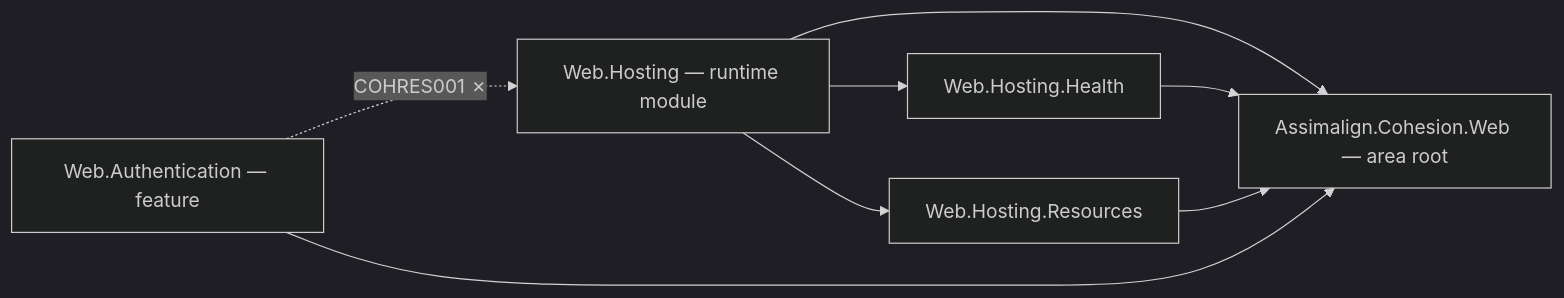
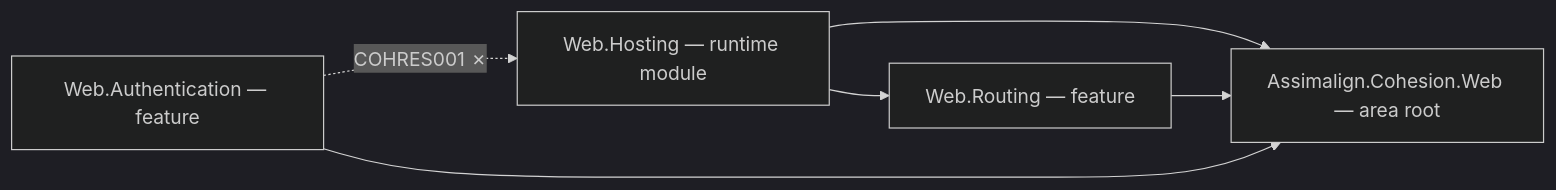
Before and after one commit to assimalign/cohesion: the diagram in .claude/rules/documentation.md, drawn with Mermaid (dark theme). The commit also changed other lines of this file and 5 other files, not shown here.

First line of the commit message:
docs(web): align hosting integration rules and solution docs [L03.01.01.48.01]

````diff
--- a/.claude/rules/documentation.md
+++ b/.claude/rules/documentation.md
@@ -132,10 +132,8 @@
 ```mermaid
 flowchart LR
     Hosting["Web.Hosting — runtime module"] --> Root["Assimalign.Cohesion.Web — area root"]
-    Hosting --> Health["Web.Hosting.Health"]
-    Hosting --> Resources["Web.Hosting.Resources"]
-    Health --> Root
-    Resources --> Root
+    Hosting --> Routing["Web.Routing — feature"]
+    Routing --> Root
     Auth["Web.Authentication — feature"] --> Root
     Auth -.->|"COHRES001 ✗"| Hosting
 ```
````
